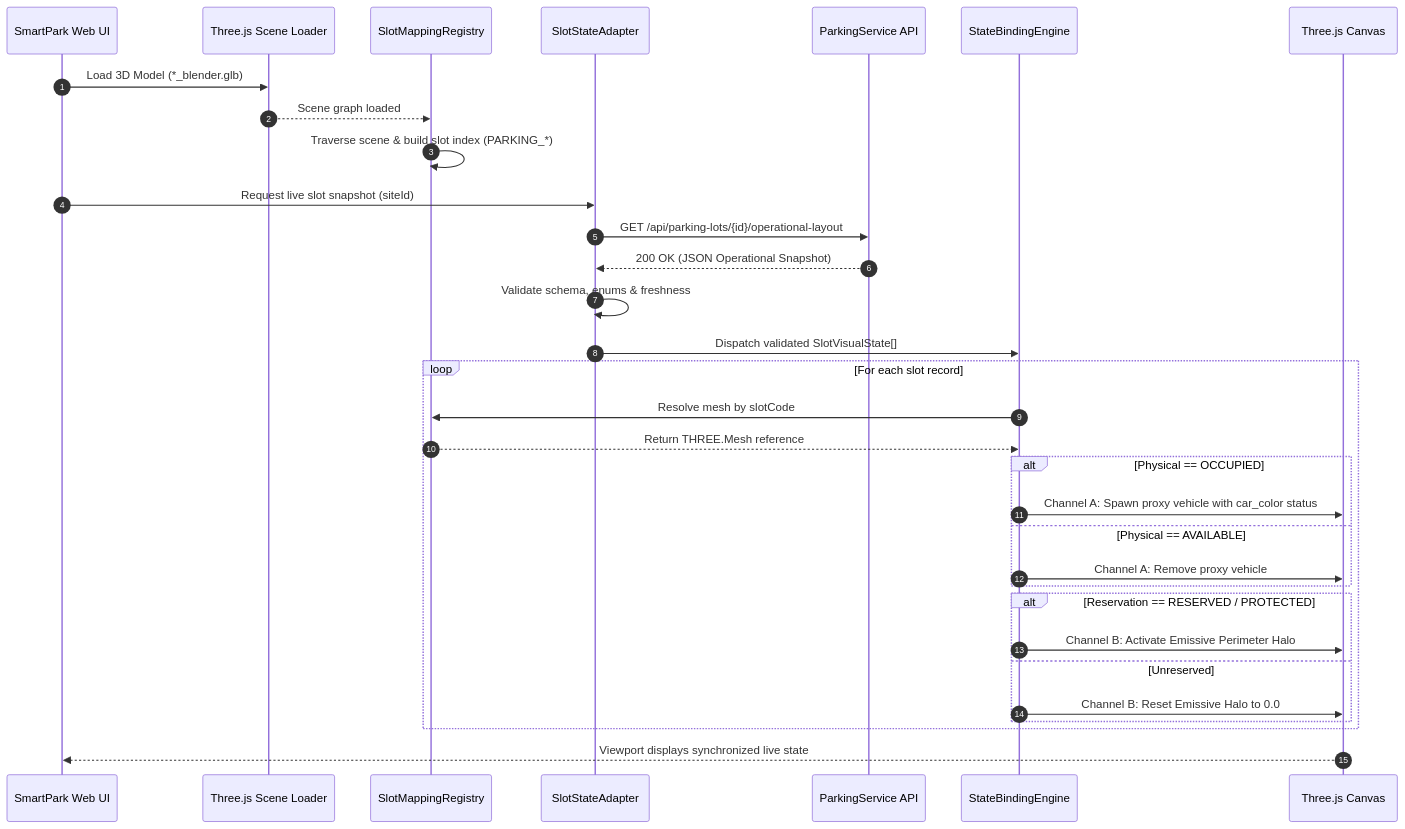
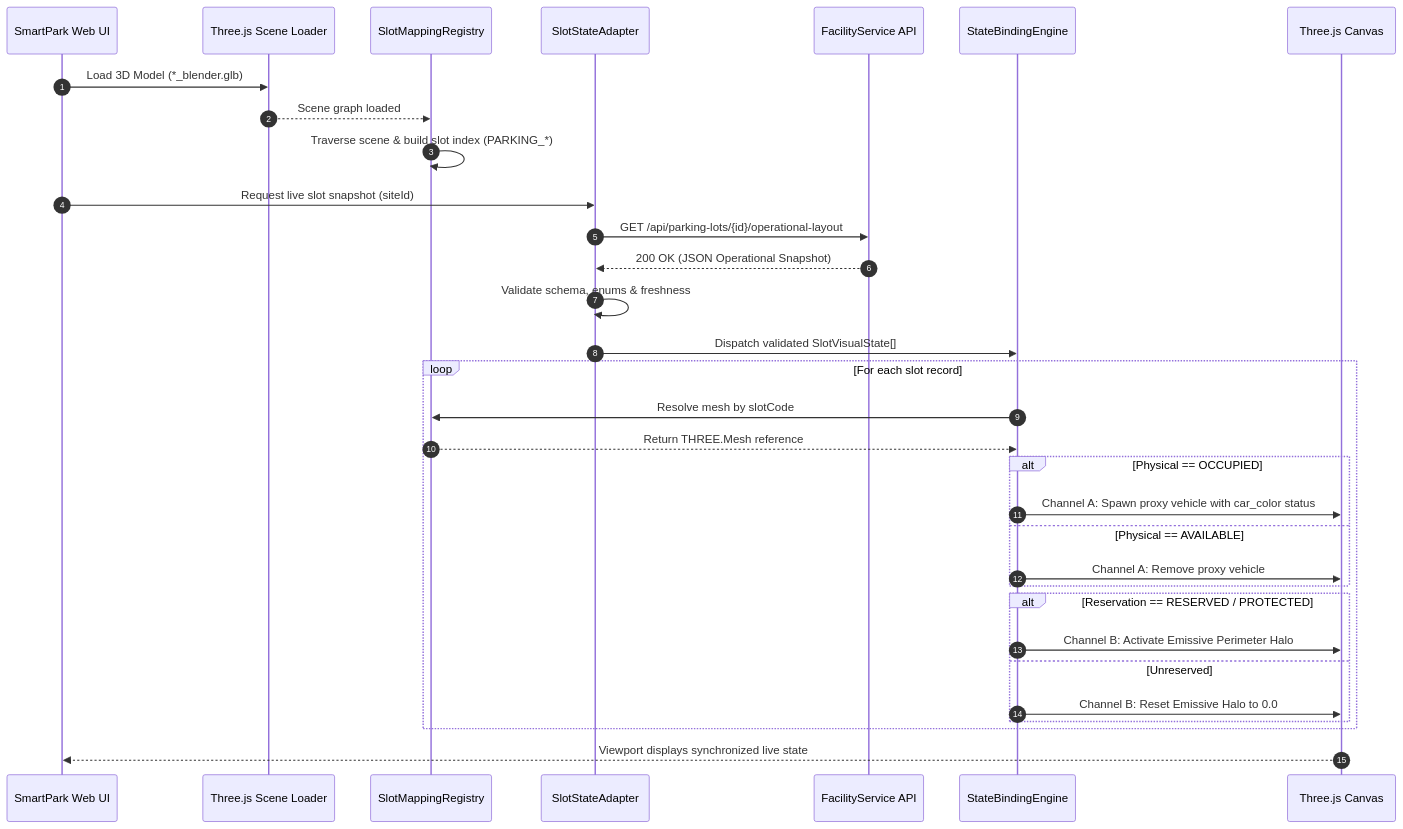
One commit to Quangthm/Mock-Project-Smart-Parking changed the diagram in docs/03-design/3d-digital-twin/3D_BACKEND_SLOT_STATE_BINDING.md. Above: the diagram before and after it, drawn with Mermaid. The commit also changed other lines of this file and 105 other files, not shown here.

Commit message:
refactor(facility): rename ParkingService to FacilityService

````diff
--- a/docs/03-design/3d-digital-twin/3D_BACKEND_SLOT_STATE_BINDING.md
+++ b/docs/03-design/3d-digital-twin/3D_BACKEND_SLOT_STATE_BINDING.md
@@ -157,35 +157,35 @@
 ```mermaid
 sequenceDiagram
     autonumber
     participant UI as SmartPark Web UI
     participant GLTF as Three.js Scene Loader
     participant Reg as SlotMappingRegistry
     participant Adapt as SlotStateAdapter
-    participant API as ParkingService API
+    participant API as FacilityService API
     participant Bind as StateBindingEngine
     participant Render as Three.js Canvas
 
     UI->>GLTF: Load 3D Model (*_blender.glb)
     GLTF-->>Reg: Scene graph loaded
     Reg->>Reg: Traverse scene & build slot index (PARKING_*)
     UI->>Adapt: Request live slot snapshot (siteId)
     Adapt->>API: GET /api/parking-lots/{id}/operational-layout
     API-->>Adapt: 200 OK (JSON Operational Snapshot)
     Adapt->>Adapt: Validate schema, enums & freshness
     Adapt->>Bind: Dispatch validated SlotVisualState[]
     loop For each slot record
         Bind->>Reg: Resolve mesh by slotCode
         Reg-->>Bind: Return THREE.Mesh reference
         alt Physical == OCCUPIED
             Bind->>Render: Channel A: Spawn proxy vehicle with car_color status
         else Physical == AVAILABLE
             Bind->>Render: Channel A: Remove proxy vehicle
         end
         alt Reservation == RESERVED / PROTECTED
             Bind->>Render: Channel B: Activate Emissive Perimeter Halo
         else Unreserved
             Bind->>Render: Channel B: Reset Emissive Halo to 0.0
         end
     end
     Render-->>UI: Viewport displays synchronized live state
 ```
````
